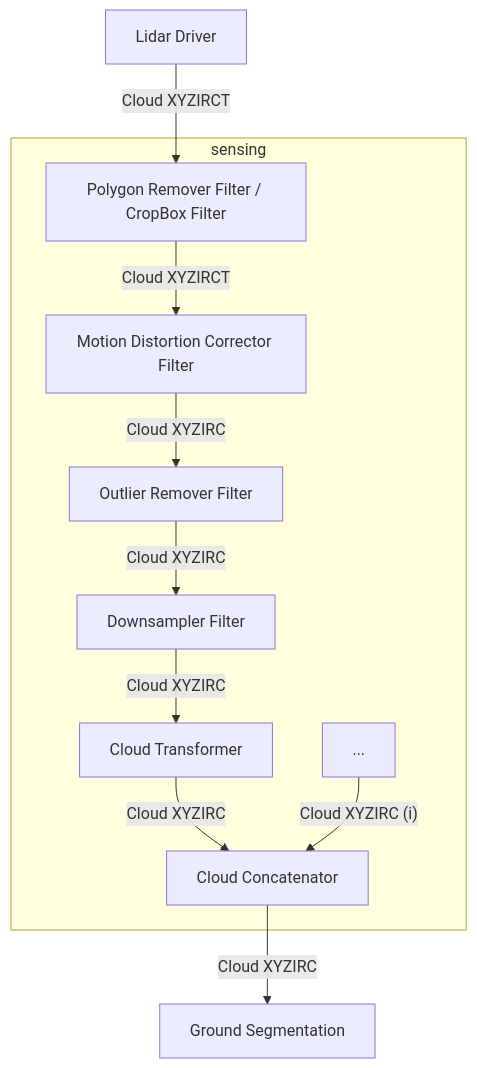
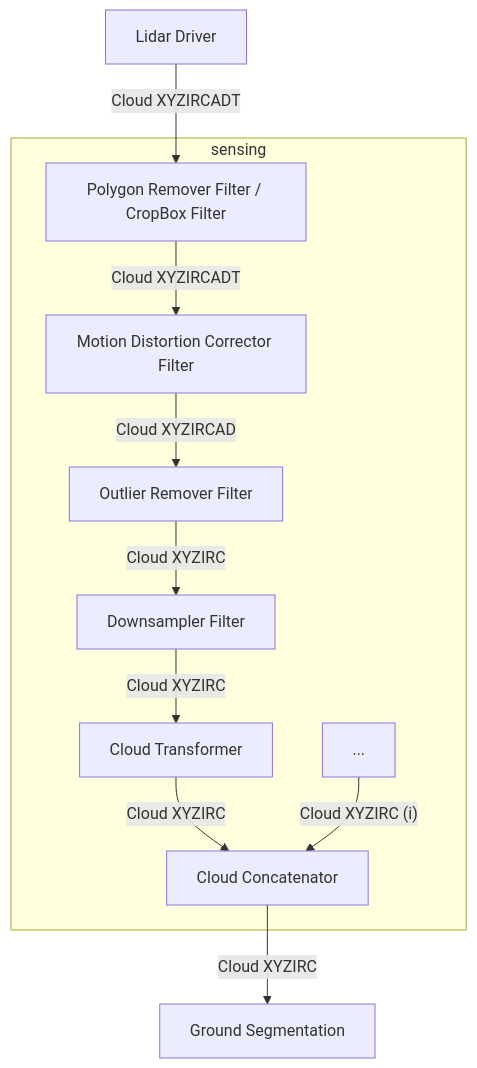
One commit to autowarefoundation/autoware-documentation changed the diagram in docs/design/autoware-architecture/sensing/data-types/point-cloud.md. Above: the diagram before and after it, drawn with Mermaid. The commit also changed other lines of this file, not shown here.

````diff
--- a/docs/design/autoware-architecture/sensing/data-types/point-cloud.md
+++ b/docs/design/autoware-architecture/sensing/data-types/point-cloud.md
@@ -11,16 +11,16 @@
 ```mermaid
 graph TD
-    Driver["Lidar Driver"] -->|"Cloud XYZIRCT"| FilterPR["Polygon Remover Filter / CropBox Filter"]
+    Driver["Lidar Driver"] -->|"Cloud XYZIRCADT"| FilterPR["Polygon Remover Filter / CropBox Filter"]
 
     subgraph "sensing"
-    FilterPR -->|"Cloud XYZIRCT"| FilterDC["Motion Distortion Corrector Filter"]
-    FilterDC -->|"Cloud XYZIRC"| FilterOF["Outlier Remover Filter"]
+    FilterPR -->|"Cloud XYZIRCADT"| FilterDC["Motion Distortion Corrector Filter"]
+    FilterDC -->|"Cloud XYZIRCAD"| FilterOF["Outlier Remover Filter"]
     FilterOF -->|"Cloud XYZIRC"| FilterDS["Downsampler Filter"]
     FilterDS -->|"Cloud XYZIRC"| FilterTrans["Cloud Transformer"]
     FilterTrans -->|"Cloud XYZIRC"| FilterC
 
     FilterX["..."] -->|"Cloud XYZIRC (i)"| FilterC["Cloud Concatenator"]
     end
 
     FilterC -->|"Cloud XYZIRC"| SegGr["Ground Segmentation"]
 ```
````
